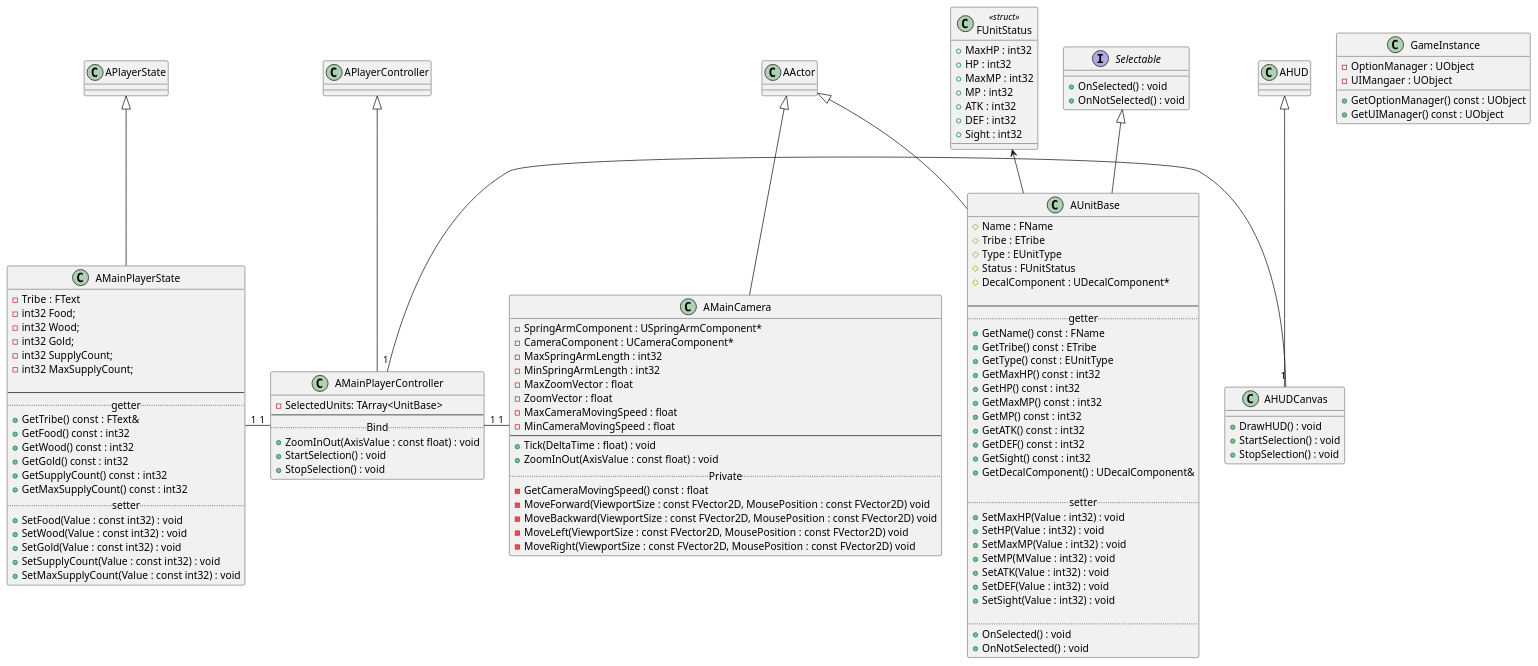
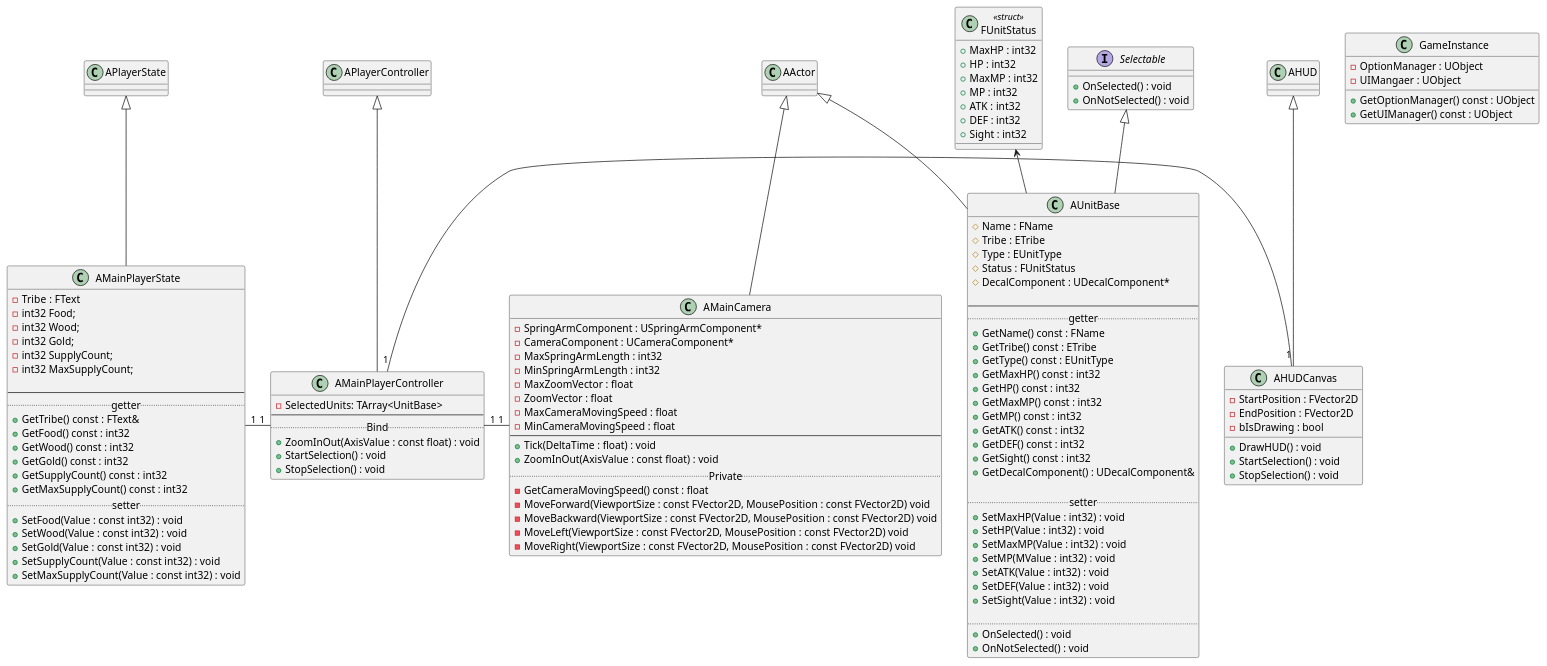
The diagram in Doument/ClassUML.puml (WorkingMirMir/RTS), drawn with PlantUML before and after one commit.

Commit message:
ClassUML 0.2

```diff
--- a/Doument/ClassUML.puml
+++ b/Doument/ClassUML.puml
@@ -2,139 +2,143 @@
 @startuml ClassUML
 
 class GameInstance
 {
     -OptionManager : UObject
     -UIMangaer : UObject
 
     +GetOptionManager() const : UObject
     +GetUIManager() const : UObject
 }
 
 class AHUDCanvas
 {
+    -StartPosition : FVector2D
+    -EndPosition : FVector2D
+    -bIsDrawing : bool
+
     +DrawHUD() : void
     +StartSelection() : void
     +StopSelection() : void
 }
 
 class AMainPlayerController
 {
     -SelectedUnits: TArray<UnitBase>
     --
     .. Bind ..
     +ZoomInOut(AxisValue : const float) : void
     +StartSelection() : void
     +StopSelection() : void
 }
 
 class AMainCamera 
 {
     -SpringArmComponent : USpringArmComponent*
     -CameraComponent : UCameraComponent*
     -MaxSpringArmLength : int32
     -MinSpringArmLength : int32
     -MaxZoomVector : float
     -ZoomVector : float
     -MaxCameraMovingSpeed : float
     -MinCameraMovingSpeed : float
     --
     +Tick(DeltaTime : float) : void
     +ZoomInOut(AxisValue : const float) : void
     .. Private ..
     -GetCameraMovingSpeed() const : float
     -MoveForward(ViewportSize : const FVector2D, MousePosition : const FVector2D) void
     -MoveBackward(ViewportSize : const FVector2D, MousePosition : const FVector2D) void
     -MoveLeft(ViewportSize : const FVector2D, MousePosition : const FVector2D) void
     -MoveRight(ViewportSize : const FVector2D, MousePosition : const FVector2D) void
 }
 
 class AMainPlayerState
 {
     -Tribe : FText
     -int32 Food;
     -int32 Wood;
     -int32 Gold;
     -int32 SupplyCount;
     -int32 MaxSupplyCount;
 
     --
     .. getter ..
     +GetTribe() const : FText&
     +GetFood() const : int32
     +GetWood() const : int32
     +GetGold() const : int32
     +GetSupplyCount() const : int32
     +GetMaxSupplyCount() const : int32
     .. setter ..
     +SetFood(Value : const int32) : void
     +SetWood(Value : const int32) : void
     +SetGold(Value : const int32) : void
     +SetSupplyCount(Value : const int32) : void
     +SetMaxSupplyCount(Value : const int32) : void
 }
 
 class FUnitStatus <<struct>>
 {
     +MaxHP : int32
     +HP : int32
     +MaxMP : int32
     +MP : int32
     +ATK : int32
     +DEF : int32
     +Sight : int32
 }
 
 interface Selectable
 {
     +OnSelected() : void
     +OnNotSelected() : void
 }
 
 class AUnitBase
 {
     #Name : FName
     #Tribe : ETribe
     #Type : EUnitType
     #Status : FUnitStatus
     #DecalComponent : UDecalComponent*
 
     --
     .. getter ..
     +GetName() const : FName
     +GetTribe() const : ETribe
     +GetType() const : EUnitType
     +GetMaxHP() const : int32
     +GetHP() const : int32
     +GetMaxMP() const : int32
     +GetMP() const : int32
     +GetATK() const : int32
     +GetDEF() const : int32
     +GetSight() const : int32
     +GetDecalComponent() : UDecalComponent&
 
     ..setter..
     +SetMaxHP(Value : int32) : void
     +SetHP(Value : int32) : void
     +SetMaxMP(Value : int32) : void
     +SetMP(MValue : int32) : void
     +SetATK(Value : int32) : void
     +SetDEF(Value : int32) : void
     +SetSight(Value : int32) : void
     
     ..
     +OnSelected() : void
     +OnNotSelected() : void
 }
 
 AHUD <|-- AHUDCanvas
 AActor <|-- AMainCamera
 AActor <|-- AUnitBase
 Selectable <|-- AUnitBase
 FUnitStatus <-- AUnitBase
 APlayerController <|-- AMainPlayerController
 APlayerState <|-- AMainPlayerState
 AMainPlayerState "1" - "1" AMainPlayerController
 AMainPlayerController "1" - "1" AMainCamera
 AMainPlayerController "1" - "1" AHUDCanvas
 
 @enduml
```
